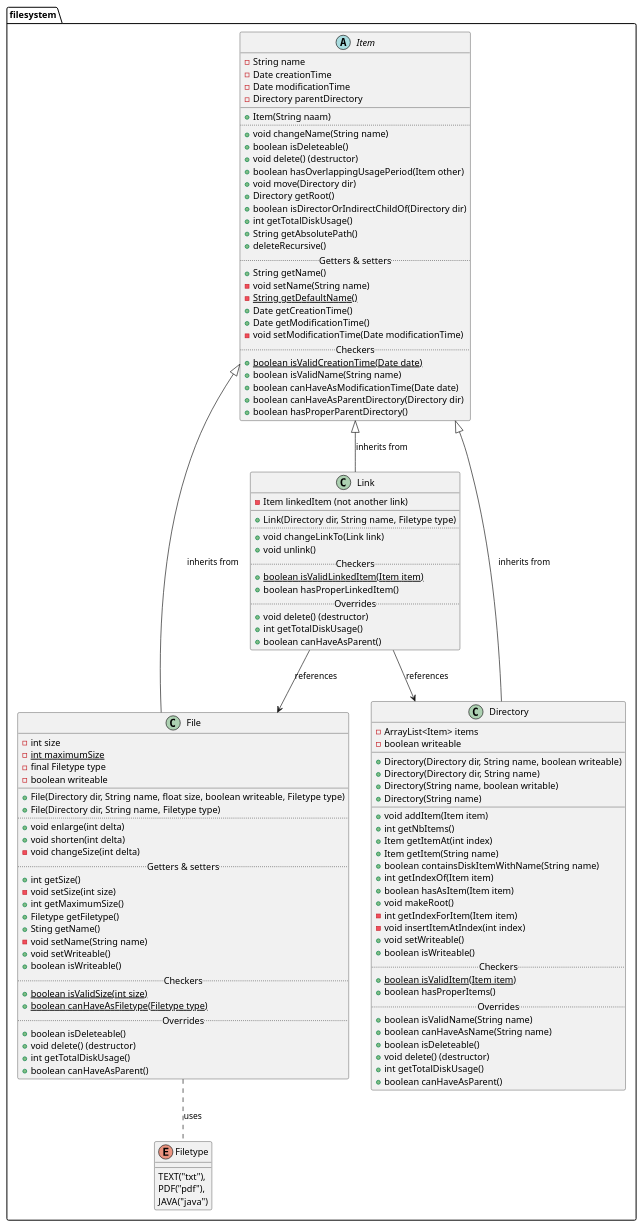
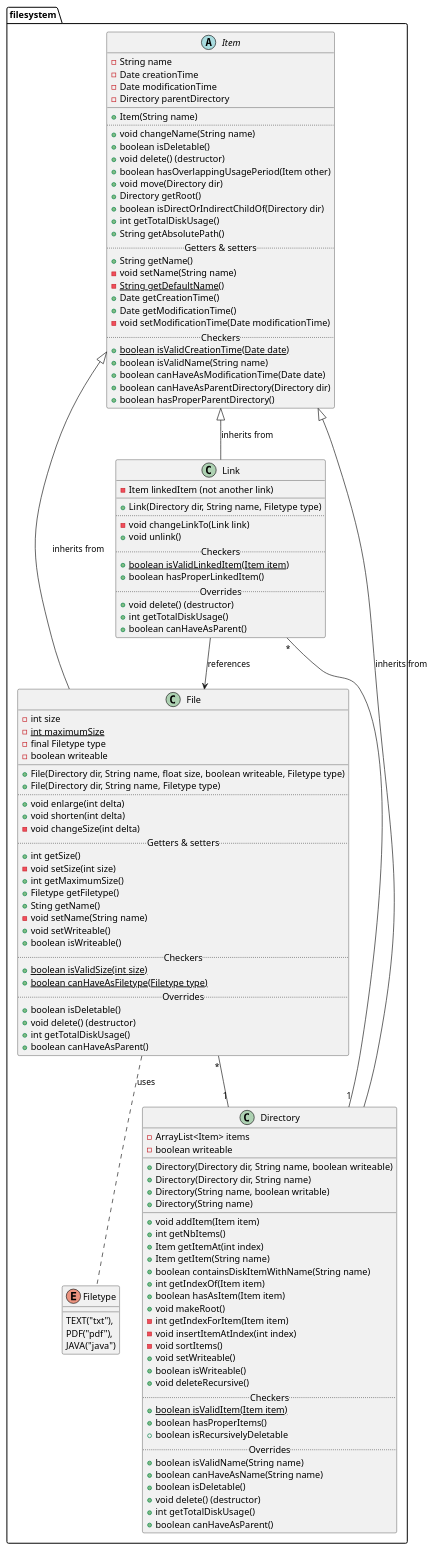
The diagram in class-diagram/classdiagram_update.puml (vanschependom/KULAK_ogp-practicum2), drawn with PlantUML before and after one commit.

Commit message:
Updated class diagram

```diff
--- a/class-diagram/classdiagram_update.puml
+++ b/class-diagram/classdiagram_update.puml
@@ -1,135 +1,138 @@
 @startuml
 
 package filesystem {
 
 abstract Item {
     - String name
     - Date creationTime
     - Date modificationTime
     - Directory parentDirectory
 __
-    + Item(String naam)
+    + Item(String name)
 ..
     + void changeName(String name)
-    + boolean isDeleteable()
+    + boolean isDeletable()
     + void delete() (destructor)
     + boolean hasOverlappingUsagePeriod(Item other)
     + void move(Directory dir)
     + Directory getRoot()
-    + boolean isDirectorOrIndirectChildOf(Directory dir)
+    + boolean isDirectOrIndirectChildOf(Directory dir)
     + int getTotalDiskUsage()
     + String getAbsolutePath()
-    + deleteRecursive()
 ..Getters & setters..
     + String getName()
     - void setName(String name)
     - {static} String getDefaultName()
     + Date getCreationTime()
     + Date getModificationTime()
     - void setModificationTime(Date modificationTime)
 ..Checkers..
     + {static} boolean isValidCreationTime(Date date)
     + boolean isValidName(String name)
     + boolean canHaveAsModificationTime(Date date)
     + boolean canHaveAsParentDirectory(Directory dir)
     + boolean hasProperParentDirectory()
 }
 
 class File {
     - int size
     - {static} int maximumSize
     - final Filetype type
     - boolean writeable
 __
     + File(Directory dir, String name, float size, boolean writeable, Filetype type)
     + File(Directory dir, String name, Filetype type)
 ..
     + void enlarge(int delta)
     + void shorten(int delta)
     - void changeSize(int delta)
 ..Getters & setters..
     + int getSize()
     - void setSize(int size)
     + int getMaximumSize()
     + Filetype getFiletype()
     + Sting getName()
     - void setName(String name)
     + void setWriteable()
     + boolean isWriteable()
 ..Checkers..
     + {static} boolean isValidSize(int size)
     + {static} boolean canHaveAsFiletype(Filetype type)
 ..Overrides..
-    + boolean isDeleteable()
+    + boolean isDeletable()
     + void delete() (destructor)
     + int getTotalDiskUsage()
     + boolean canHaveAsParent()
 }
 
 enum Filetype {
     TEXT("txt"),
     PDF("pdf"),
     JAVA("java")
 }
 
 class Directory {
     - ArrayList<Item> items
     - boolean writeable
 __
     + Directory(Directory dir, String name, boolean writeable)
     + Directory(Directory dir, String name)
     + Directory(String name, boolean writable)
     + Directory(String name)
 __
     + void addItem(Item item)
     + int getNbItems()
     + Item getItemAt(int index)
     + Item getItem(String name)
     + boolean containsDiskItemWithName(String name)
     + int getIndexOf(Item item)
     + boolean hasAsItem(Item item)
     + void makeRoot()
     - int getIndexForItem(Item item)
     - void insertItemAtIndex(int index)
+    - void sortItems()
     + void setWriteable()
     + boolean isWriteable()
+    + void deleteRecursive()
 ..Checkers..
     + {static} boolean isValidItem(Item item)
     + boolean hasProperItems()
+    + boolean isRecursivelyDeletable
 .. Overrides ..
     + boolean isValidName(String name)
     + boolean canHaveAsName(String name)
-    + boolean isDeleteable()
+    + boolean isDeletable()
     + void delete() (destructor)
     + int getTotalDiskUsage()
     + boolean canHaveAsParent()
 }
 
 class Link {
     - Item linkedItem (not another link)
 __
     + Link(Directory dir, String name, Filetype type)
 ..
-    + void changeLinkTo(Link link)
+    - void changeLinkTo(Link link)
     + void unlink()
 ..Checkers..
     + {static} boolean isValidLinkedItem(Item item)
     + boolean hasProperLinkedItem()
 ..Overrides..
     + void delete() (destructor)
     + int getTotalDiskUsage()
     + boolean canHaveAsParent()
 }
 
 Item <|-- Link: inherits from
 Item <|-- File: inherits from
 Item <|-- Directory: inherits from
 
 File .. Filetype: uses
 
 Link --> File: references
-Link --> Directory: references
+Link "*" -- "1" Directory
+File "*" -- "1" Directory
 
 }
 
 @enduml
```
